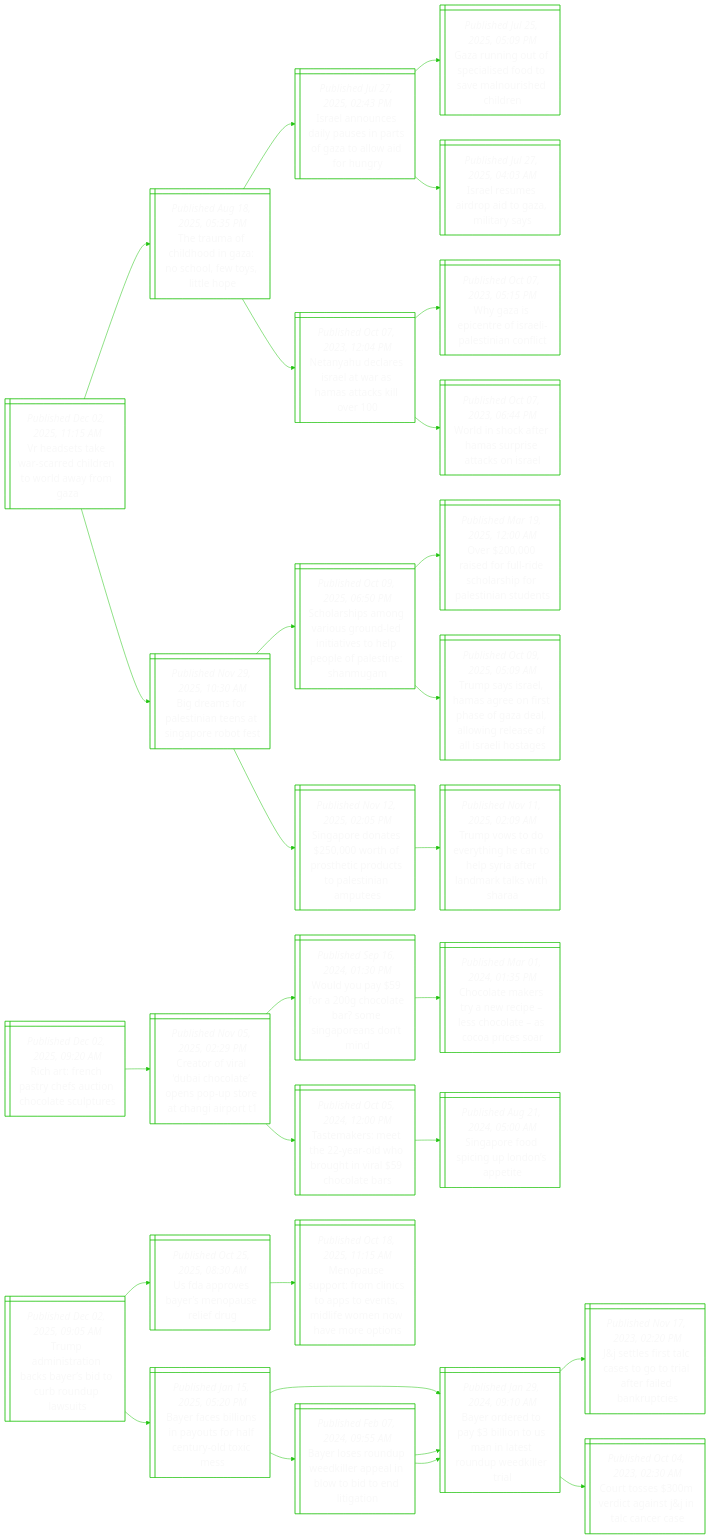
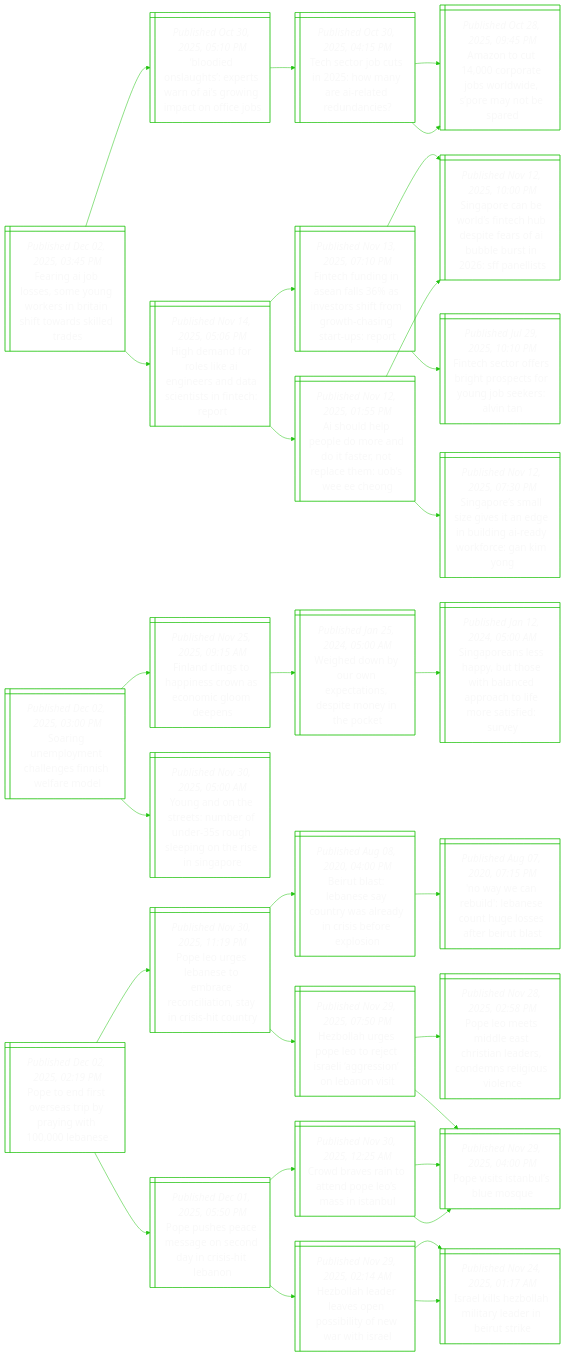
The diagram in README.md (notJmes/notJmes), drawn with Mermaid before and after one commit. The commit also changed other lines of this file, not shown here.

````diff
--- a/README.md
+++ b/README.md
@@ -16,97 +16,100 @@
 flowchart LR
 classDef txtsize font-size:20px;
 
-Vdtarheowoa@{ shape: win-pane, label: "_Published Dec 02, 2025, 11:15 AM_
-Vr headsets take war-scarred children to world away from gaza" }
-Tafdiahesle@{ shape: win-pane, label: "_Published Aug 18, 2025, 05:35 PM_
-The trauma of childhood in gaza: no school, few toys, little hope" }
-IludpsrGowog@{ shape: win-pane, label: "_Published Jul 27, 2025, 02:43 PM_
-Israel announces daily pauses in parts of gaza to allow aid for hungry" }
-Gugfiedvnshe@{ shape: win-pane, label: "_Published Jul 25, 2025, 05:09 PM_
-Gaza running out of specialised food to save malnourished children" }
-IlmraGirs@{ shape: win-pane, label: "_Published Jul 27, 2025, 04:03 AM_
-Israel resumes airdrop aid to gaza, military says" }
-NyeeawHakl@{ shape: win-pane, label: "_Published Oct 07, 2023, 12:04 PM_
-Netanyahu declares israel at war as hamas attacks kill over 100" }
-WzptIleint@{ shape: win-pane, label: "_Published Oct 07, 2023, 05:15 PM_
-Why gaza is epicentre of israeli-palestinian conflict" }
-Wiceapaks@{ shape: win-pane, label: "_Published Oct 07, 2023, 06:44 PM_
-World in shock after hamas surprise attacks on israel" }
-BeoeieSpoe@{ shape: win-pane, label: "_Published Nov 29, 2025, 10:30 AM_
-Big dreams for palestinian teens at singapore robot fest" }
-Sapnirliiopelnnm@{ shape: win-pane, label: "_Published Oct 09, 2025, 06:50 PM_
-Scholarships among various ground-led initiatives to help people of palestine: shanmugam" }
-OafleliPtne@{ shape: win-pane, label: "_Published Mar 19, 2025, 12:00 AM_
-Over $200,000 raised for full-ride scholarship for palestinian students" }
-TssHaossaaorslaoe@{ shape: win-pane, label: "_Published Oct 09, 2025, 05:09 AM_
-Trump says israel, hamas agree on first phase of gaza deal, allowing release of all israeli hostages" }
-Sposhotoslnme@{ shape: win-pane, label: "_Published Nov 12, 2025, 02:05 PM_
-Singapore donates $250,000 worth of prosthetic products to palestinian amputees" }
-Tvoeichyfarkha@{ shape: win-pane, label: "_Published Nov 11, 2025, 02:09 AM_
-Trump vows to do everything he can to help syria after landmark talks with sharaa" }
+Fnosmnknaiwsed@{ shape: win-pane, label: "_Published Dec 02, 2025, 03:45 PM_
+Fearing ai job losses, some young workers in britain shift towards skilled trades" }
+Bishpwfrgcfj@{ shape: win-pane, label: "_Published Oct 30, 2025, 05:10 PM_
+‘bloodied onslaughts’: experts warn of ai’s growing impact on office jobs" }
+TejtoyItdn@{ shape: win-pane, label: "_Published Oct 30, 2025, 04:15 PM_
+Tech sector job cuts in 2025: how many are ai-related redundancies?" }
+Antojoioyee@{ shape: win-pane, label: "_Published Oct 28, 2025, 09:45 PM_
+Amazon to cut 14,000 corporate jobs worldwide, s’pore may not be spared" }
+Antojoioyee@{ shape: win-pane, label: "_Published Oct 28, 2025, 09:45 PM_
+Amazon to cut 14,000 corporate jobs worldwide, s’pore may not be spared" }
+Heflknedstite@{ shape: win-pane, label: "_Published Nov 14, 2025, 05:06 PM_
+High demand for roles like ai engineers and data scientists in fintech: report" }
+Fcdnnsvrfmtstpo@{ shape: win-pane, label: "_Published Nov 13, 2025, 07:10 PM_
+Fintech funding in asean falls 36% as investors shift from growth-chasing start-ups: report" }
+SpaofcdtrIlsFet@{ shape: win-pane, label: "_Published Nov 12, 2025, 10:00 PM_
+Singapore can be world’s fintech hub despite fears of ai bubble burst in 2026: sff panellists" }
+Fctfrpeonsri@{ shape: win-pane, label: "_Published Jul 29, 2025, 10:10 PM_
+Fintech sector offers bright prospects for young job seekers: alvin tan" }
+AulpmntercmWCg@{ shape: win-pane, label: "_Published Nov 12, 2025, 01:55 PM_
+Ai should help people do more and do it faster, not replace them: uob’s wee ee cheong" }
+SpaofcdtrIlsFet@{ shape: win-pane, label: "_Published Nov 12, 2025, 10:00 PM_
+Singapore can be world’s fintech hub despite fears of ai bubble burst in 2026: sff panellists" }
+Spssitguneorno@{ shape: win-pane, label: "_Published Nov 12, 2025, 07:30 PM_
+Singapore’s small size gives it an edge in building ai-ready workforce: gan kim yong" }
 
-Vdtarheowoa:::txtsize --> Tafdiahesle:::txtsize
-Tafdiahesle:::txtsize --> IludpsrGowog:::txtsize
-IludpsrGowog:::txtsize --> Gugfiedvnshe:::txtsize
-IludpsrGowog:::txtsize --> IlmraGirs:::txtsize
-Tafdiahesle:::txtsize --> NyeeawHakl:::txtsize
-NyeeawHakl:::txtsize --> WzptIleint:::txtsize
-NyeeawHakl:::txtsize --> Wiceapaks:::txtsize
-Vdtarheowoa:::txtsize --> BeoeieSpoe:::txtsize
-BeoeieSpoe:::txtsize --> Sapnirliiopelnnm:::txtsize
-Sapnirliiopelnnm:::txtsize --> OafleliPtne:::txtsize
-Sapnirliiopelnnm:::txtsize --> TssHaossaaorslaoe:::txtsize
-BeoeieSpoe:::txtsize --> Sposhotoslnme:::txtsize
-Sposhotoslnme:::txtsize --> Tvoeichyfarkha:::txtsize
+Fnosmnknaiwsed:::txtsize --> Bishpwfrgcfj:::txtsize
+Bishpwfrgcfj:::txtsize --> TejtoyItdn:::txtsize
+TejtoyItdn:::txtsize --> Antojoioyee:::txtsize
+TejtoyItdn:::txtsize --> Antojoioyee:::txtsize
+Fnosmnknaiwsed:::txtsize --> Heflknedstite:::txtsize
+Heflknedstite:::txtsize --> Fcdnnsvrfmtstpo:::txtsize
+Fcdnnsvrfmtstpo:::txtsize --> SpaofcdtrIlsFet:::txtsize
+Fcdnnsvrfmtstpo:::txtsize --> Fctfrpeonsri:::txtsize
+Heflknedstite:::txtsize --> AulpmntercmWCg:::txtsize
+AulpmntercmWCg:::txtsize --> SpaofcdtrIlsFet:::txtsize
+AulpmntercmWCg:::txtsize --> Spssitguneorno:::txtsize
 
-Rrnshunost@{ shape: win-pane, label: "_Published Dec 02, 2025, 09:20 AM_
-Rich art: french pastry chefs auction chocolate sculptures" }
-CoiuhaepoCio@{ shape: win-pane, label: "_Published Nov 05, 2025, 02:29 PM_
-Creator of viral ‘dubai chocolate’ opens pop-up store at changi airport t1" }
-Wyygobmgeon@{ shape: win-pane, label: "_Published Sep 16, 2024, 01:30 PM_
-Would you pay $59 for a 200g chocolate bar? some singaporeans don’t mind" }
-Clateiscecio@{ shape: win-pane, label: "_Published Mar 01, 2024, 01:35 PM_
-Chocolate makers try a new recipe – less chocolate – as cocoa prices soar" }
-Tmstawoiace@{ shape: win-pane, label: "_Published Oct 05, 2024, 12:00 PM_
-Tastemakers: meet the 22-year-old who brought in viral $59 chocolate bars" }
-Spoiudpt@{ shape: win-pane, label: "_Published Aug 21, 2024, 05:00 AM_
-Singapore food spicing up london’s appetite" }
+Snmmhnihad@{ shape: win-pane, label: "_Published Dec 02, 2025, 03:00 PM_
+Soaring unemployment challenges finnish welfare model" }
+Fnnhnrsoles@{ shape: win-pane, label: "_Published Nov 25, 2025, 09:15 AM_
+Finland clings to happiness crown as economic gloom deepens" }
+Wenrxasintc@{ shape: win-pane, label: "_Published Jan 25, 2024, 05:00 AM_
+Weighed down by our own expectations, despite money in the pocket" }
+Spnsyhildoomair@{ shape: win-pane, label: "_Published Jan 12, 2024, 05:00 AM_
+Singaporeans less happy, but those with balanced approach to life more satisfied: survey" }
+YatrNrdolnhenr@{ shape: win-pane, label: "_Published Nov 30, 2025, 05:00 AM_
+Young and on the streets: number of under-35s rough sleeping on the rise in singapore" }
 
-Rrnshunost:::txtsize --> CoiuhaepoCio:::txtsize
-CoiuhaepoCio:::txtsize --> Wyygobmgeon:::txtsize
-Wyygobmgeon:::txtsize --> Clateiscecio:::txtsize
-CoiuhaepoCio:::txtsize --> Tmstawoiace:::txtsize
-Tmstawoiace:::txtsize --> Spoiudpt:::txtsize
+Snmmhnihad:::txtsize --> Fnnhnrsoles:::txtsize
+Fnnhnrsoles:::txtsize --> Wenrxasintc:::txtsize
+Wenrxasintc:::txtsize --> Spnsyhildoomair:::txtsize
+Snmmhnihad:::txtsize --> YatrNrdolnhenr:::txtsize
 
-Taitaabcopu@{ shape: win-pane, label: "_Published Dec 02, 2025, 09:05 AM_
-Trump administration backs bayer’s bid to curb roundup lawsuits" }
-Uavyeulr@{ shape: win-pane, label: "_Published Oct 25, 2025, 08:30 AM_
-Us fda approves bayer’s menopause relief drug" }
-Mautccpesimwmps@{ shape: win-pane, label: "_Published Oct 18, 2025, 11:15 AM_
-Menopause support: from clinics to apps to events, midlife women now have more options" }
-Bfboptheyoe@{ shape: win-pane, label: "_Published Jan 15, 2025, 05:20 PM_
-Bayer faces billions in payouts for half century-old toxic mess" }
-Boealontopkrl@{ shape: win-pane, label: "_Published Jan 29, 2024, 09:10 AM_
-Bayer ordered to pay $3 billion to us man in latest roundup weedkiller trial" }
-Jtiasgrfabue@{ shape: win-pane, label: "_Published Nov 17, 2023, 02:20 PM_
-J&j settles first talc cases to go to trial after failed bankruptcies" }
-Ctsdgttac@{ shape: win-pane, label: "_Published Oct 04, 2023, 02:30 AM_
-Court tosses $300m verdict against j&j in talc cancer case" }
-BlRudeebooit@{ shape: win-pane, label: "_Published Feb 07, 2024, 09:55 AM_
-Bayer loses roundup weedkiller appeal in blow to bid to end litigation" }
-Boealontopkrl@{ shape: win-pane, label: "_Published Jan 29, 2024, 09:10 AM_
-Bayer ordered to pay $3 billion to us man in latest roundup weedkiller trial" }
-Boealontopkrl@{ shape: win-pane, label: "_Published Jan 29, 2024, 09:10 AM_
-Bayer ordered to pay $3 billion to us man in latest roundup weedkiller trial" }
+Poivapawes@{ shape: win-pane, label: "_Published Dec 02, 2025, 02:19 PM_
+Pope to end first overseas trip by praying with 100,000 lebanese" }
+Peeatreiiarhu@{ shape: win-pane, label: "_Published Nov 30, 2025, 11:19 PM_
+Pope leo urges lebanese to embrace reconciliation, stay in crisis-hit country" }
+Bttnanaeniopo@{ shape: win-pane, label: "_Published Aug 08, 2020, 04:00 PM_
+Beirut blast: lebanese say country was already in crisis before explosion" }
+NwrlachoaBtt@{ shape: win-pane, label: "_Published Aug 07, 2020, 07:15 PM_
+'no way we can rebuild': lebanese count huge losses after beirut blast" }
+Hlroojsienbv@{ shape: win-pane, label: "_Published Nov 29, 2025, 07:50 PM_
+Hezbollah urges pope leo to reject israeli ‘aggression’ on lebanon visit" }
+Petdsinensgvn@{ shape: win-pane, label: "_Published Nov 28, 2025, 02:58 PM_
+Pope leo meets middle east christian leaders, condemns religious violence" }
+PiIbls@{ shape: win-pane, label: "_Published Nov 29, 2025, 04:00 PM_
+Pope visits istanbul’s blue mosque" }
+Pupmgedcsen@{ shape: win-pane, label: "_Published Dec 01, 2025, 05:50 PM_
+Pope pushes peace message on second day in crisis-hit lebanon" }
+Cbstepsia@{ shape: win-pane, label: "_Published Nov 30, 2025, 12:25 AM_
+Crowd braves rain to attend pope leo’s mass in istanbul" }
+PiIbls@{ shape: win-pane, label: "_Published Nov 29, 2025, 04:00 PM_
+Pope visits istanbul’s blue mosque" }
+PiIbls@{ shape: win-pane, label: "_Published Nov 29, 2025, 04:00 PM_
+Pope visits istanbul’s blue mosque" }
+Hlelspbywir@{ shape: win-pane, label: "_Published Nov 29, 2025, 02:14 AM_
+Hezbollah leader leaves open possibility of new war with israel" }
+Ilsomaanui@{ shape: win-pane, label: "_Published Nov 24, 2025, 01:17 AM_
+Israel kills hezbollah military leader in beirut strike" }
+Ilsomaanui@{ shape: win-pane, label: "_Published Nov 24, 2025, 01:17 AM_
+Israel kills hezbollah military leader in beirut strike" }
 
-Taitaabcopu:::txtsize --> Uavyeulr:::txtsize
-Uavyeulr:::txtsize --> Mautccpesimwmps:::txtsize
-Taitaabcopu:::txtsize --> Bfboptheyoe:::txtsize
-Bfboptheyoe:::txtsize --> Boealontopkrl:::txtsize
-Boealontopkrl:::txtsize --> Jtiasgrfabue:::txtsize
-Boealontopkrl:::txtsize --> Ctsdgttac:::txtsize
-Bfboptheyoe:::txtsize --> BlRudeebooit:::txtsize
-BlRudeebooit:::txtsize --> Boealontopkrl:::txtsize
-BlRudeebooit:::txtsize --> Boealontopkrl:::txtsize
+Poivapawes:::txtsize --> Peeatreiiarhu:::txtsize
+Peeatreiiarhu:::txtsize --> Bttnanaeniopo:::txtsize
+Bttnanaeniopo:::txtsize --> NwrlachoaBtt:::txtsize
+Peeatreiiarhu:::txtsize --> Hlroojsienbv:::txtsize
+Hlroojsienbv:::txtsize --> Petdsinensgvn:::txtsize
+Hlroojsienbv:::txtsize --> PiIbls:::txtsize
+Poivapawes:::txtsize --> Pupmgedcsen:::txtsize
+Pupmgedcsen:::txtsize --> Cbstepsia:::txtsize
+Cbstepsia:::txtsize --> PiIbls:::txtsize
+Cbstepsia:::txtsize --> PiIbls:::txtsize
+Pupmgedcsen:::txtsize --> Hlelspbywir:::txtsize
+Hlelspbywir:::txtsize --> Ilsomaanui:::txtsize
+Hlelspbywir:::txtsize --> Ilsomaanui:::txtsize
 
 ```
````
